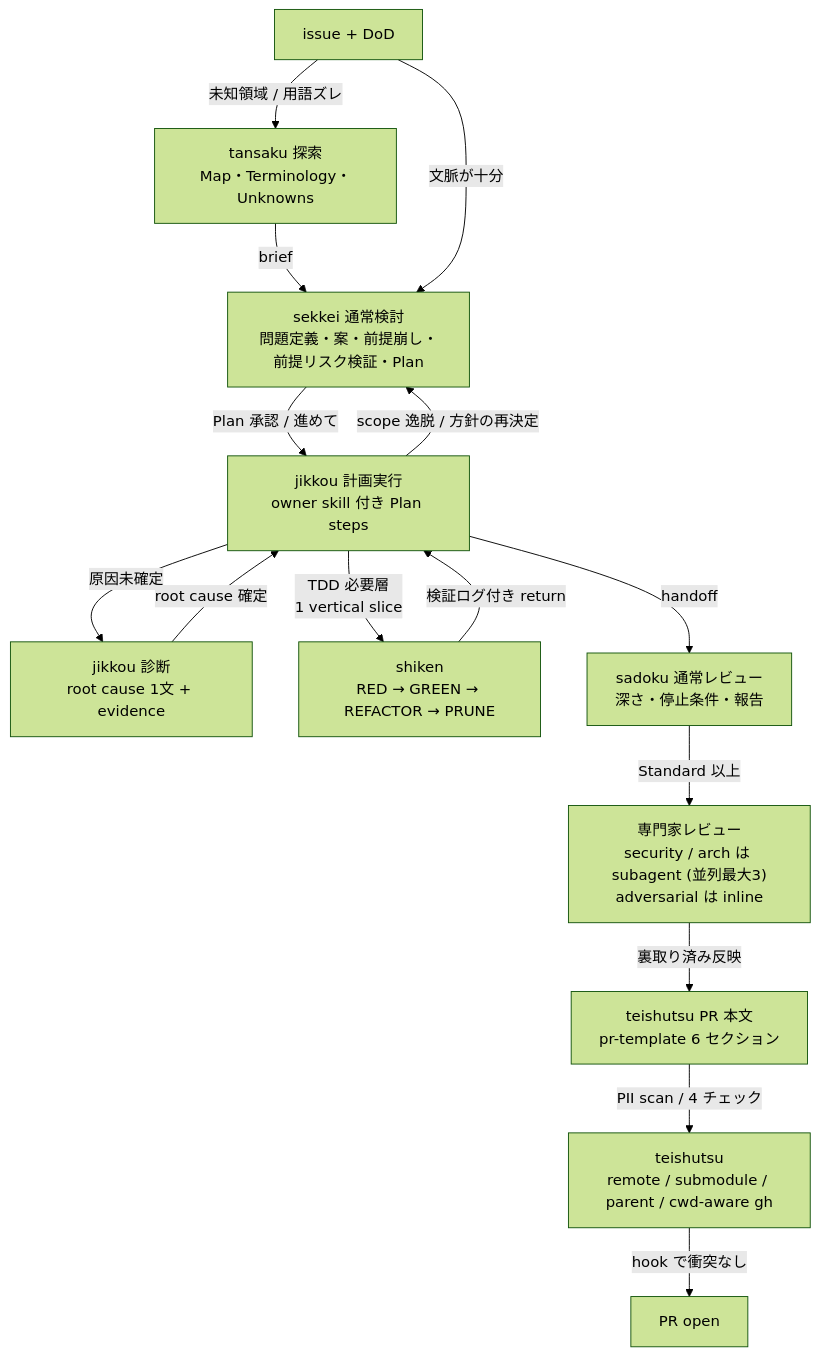
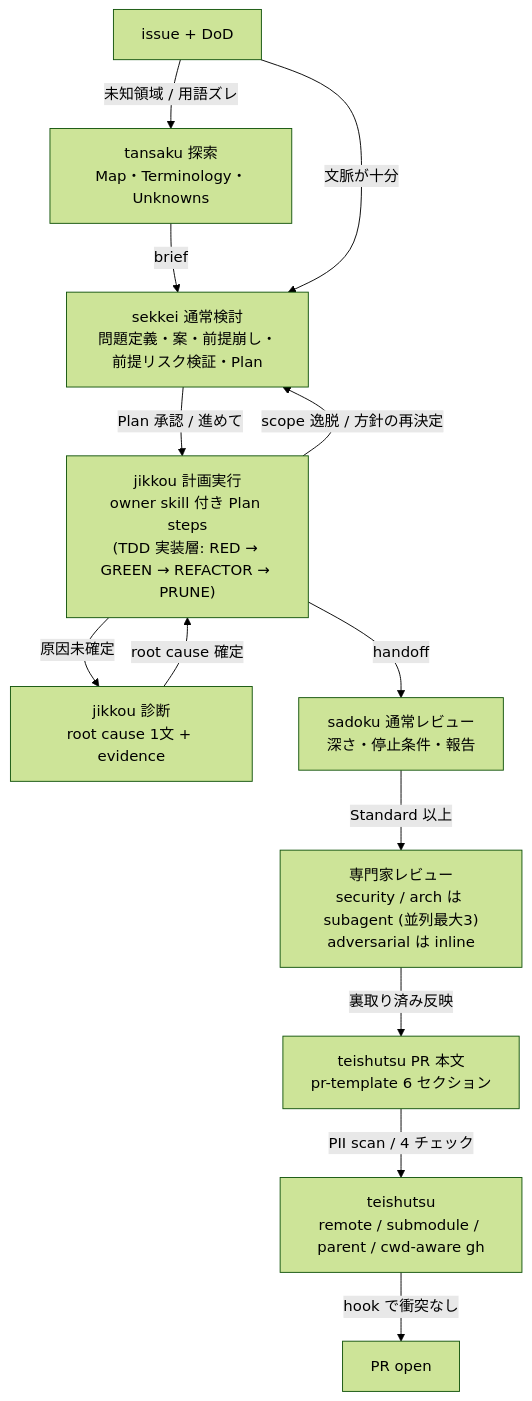
The second of 6 diagrams in docs/workflow.md (hayashiii-ghub/hikizan), drawn with Mermaid (forest theme) before and after one commit. The commit also changed other lines of this file and 27 other files, not shown here.

First line of the commit message:
refactor: fold shiken into jikkou's TDD mode, drop post-commit hook (#82)

````diff
--- a/docs/workflow.md
+++ b/docs/workflow.md
@@ -75,17 +70,15 @@
 ```mermaid
 flowchart TB
   A["issue + DoD"] -->|"未知領域 / 用語ズレ"| A1["tansaku 探索<br/>Map・Terminology・Unknowns"]
   A1 -->|"brief"| B["sekkei 通常検討<br/>問題定義・案・前提崩し・前提リスク検証・Plan"]
   A -->|"文脈が十分"| B
-  B -->|"Plan 承認 / 進めて"| C["jikkou 計画実行<br/>owner skill 付き Plan steps"]
+  B -->|"Plan 承認 / 進めて"| C["jikkou 計画実行<br/>owner skill 付き Plan steps<br/>(TDD 実装層: RED → GREEN → REFACTOR → PRUNE)"]
   C -->|"原因未確定"| I["jikkou 診断<br/>root cause 1文 + evidence"]
   I -->|"root cause 確定"| C
   C -->|"scope 逸脱 / 方針の再決定"| B
-  C -->|"TDD 必要層<br/>1 vertical slice"| D["shiken<br/>RED → GREEN → REFACTOR → PRUNE"]
-  D -->|"検証ログ付き return"| C
   C -->|"handoff"| E["sadoku 通常レビュー<br/>深さ・停止条件・報告"]
   E -->|"Standard 以上"| F["専門家レビュー<br/>security / arch は subagent (並列最大3)<br/>adversarial は inline"]
   F -->|"裏取り済み反映"| G["teishutsu PR 本文<br/>pr-template 6 セクション"]
   G -->|"PII scan / 4 チェック"| H["teishutsu<br/>remote / submodule / parent / cwd-aware gh"]
   H -->|"hook で衝突なし"| J["PR open"]
 ```
````
